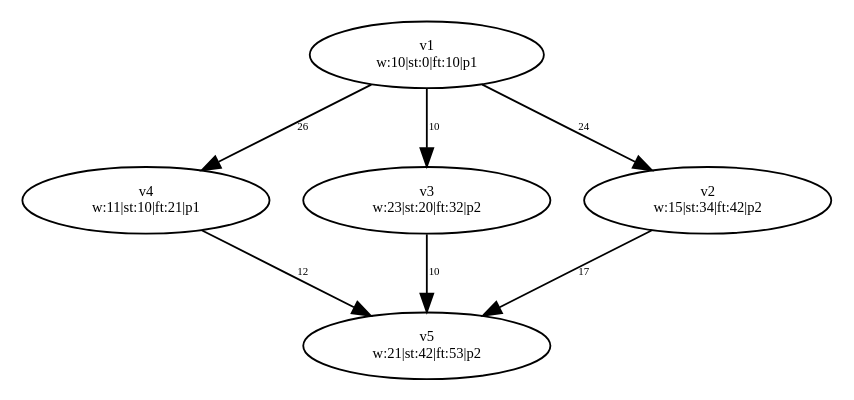
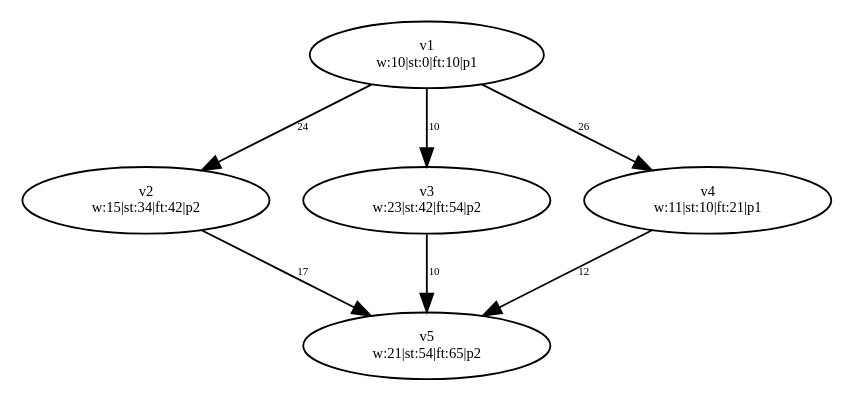
Before and after one commit to dexters1/Task-Scheduling-Based-on-Genetic-Algorithms: the diagram in PythonApplication1/PythonApplication1/test-output/slika_4.gv, drawn with Graphviz. The commit also changed 42 other files, not shown here.

Commit message:
Ostaje unitTestiranje za citav Graph i Processor module

```diff
--- a/PythonApplication1/PythonApplication1/test-output/slika_4.gv
+++ b/PythonApplication1/PythonApplication1/test-output/slika_4.gv
@@ -1,18 +1,18 @@
 digraph {
 	v1 [label="v1
 w:10|st:0|ft:10|p1" fontsize=8.0]
+	v2 [label="v2
+w:15|st:34|ft:42|p2" fontsize=8.0]
+	v3 [label="v3
+w:23|st:42|ft:54|p2" fontsize=8.0]
 	v4 [label="v4
 w:11|st:10|ft:21|p1" fontsize=8.0]
-	v3 [label="v3
-w:23|st:20|ft:32|p2" fontsize=8.0]
-	v2 [label="v2
-w:15|st:34|ft:42|p2" fontsize=8.0]
 	v5 [label="v5
-w:21|st:42|ft:53|p2" fontsize=8.0]
+w:21|st:54|ft:65|p2" fontsize=8.0]
 	v1 -> v2 [label=24 constraint=true fontsize=6.0]
 	v1 -> v3 [label=10 constraint=true fontsize=6.0]
 	v1 -> v4 [label=26 constraint=true fontsize=6.0]
 	v2 -> v5 [label=17 constraint=true fontsize=6.0]
 	v3 -> v5 [label=10 constraint=true fontsize=6.0]
 	v4 -> v5 [label=12 constraint=true fontsize=6.0]
 }
```
